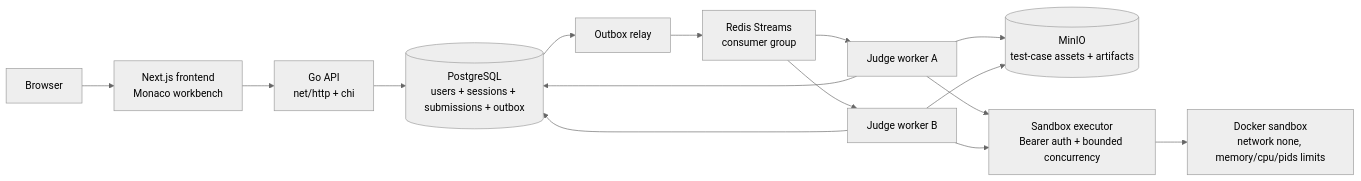
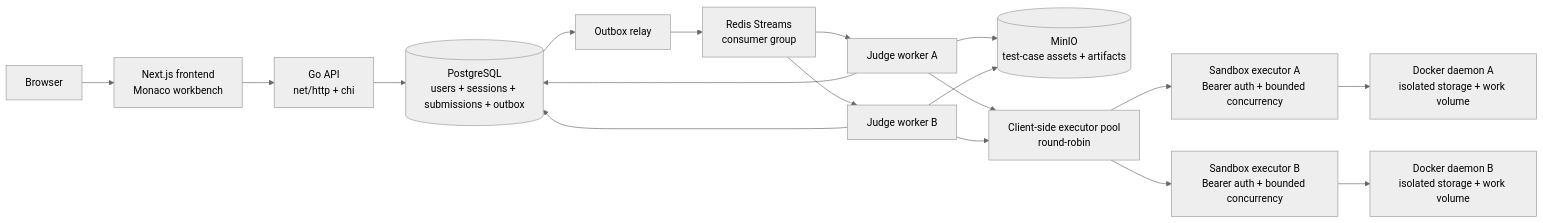
One commit to kaii9/codingJudge changed the diagram in README.md. Above: the diagram before and after it, drawn with Mermaid (neutral theme). The commit also changed other lines of this file and 11 other files, not shown here.

````diff
--- a/README.md
+++ b/README.md
@@ -31,17 +31,20 @@
 ```mermaid
 flowchart LR
     Browser[Browser] --> Frontend[Next.js frontend<br/>Monaco workbench]
     Frontend --> API[Go API<br/>net/http + chi]
     API --> Store[(PostgreSQL<br/>users + sessions + submissions + outbox)]
     Store --> Relay[Outbox relay]
     Relay --> Queue[Redis Streams<br/>consumer group]
     Queue --> WorkerA[Judge worker A]
     Queue --> WorkerB[Judge worker B]
     WorkerA --> Store
     WorkerB --> Store
     WorkerA --> MinIO[(MinIO<br/>test-case assets + artifacts)]
     WorkerB --> MinIO
-    WorkerA --> Executor[Sandbox executor<br/>Bearer auth + bounded concurrency]
-    WorkerB --> Executor
-    Executor --> Docker[Docker sandbox<br/>network none, memory/cpu/pids limits]
+    WorkerA --> Pool[Client-side executor pool<br/>round-robin]
+    WorkerB --> Pool
+    Pool --> ExecutorA[Sandbox executor A<br/>Bearer auth + bounded concurrency]
+    Pool --> ExecutorB[Sandbox executor B<br/>Bearer auth + bounded concurrency]
+    ExecutorA --> DockerA[Docker daemon A<br/>isolated storage + work volume]
+    ExecutorB --> DockerB[Docker daemon B<br/>isolated storage + work volume]
 ```
````
